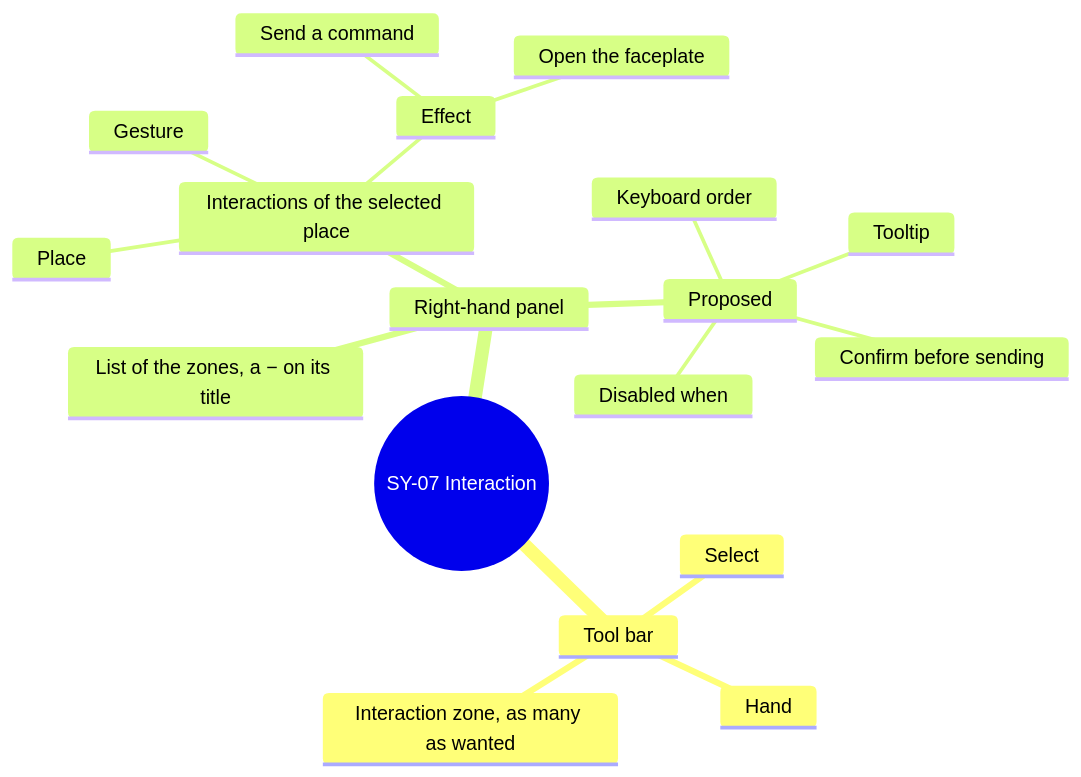
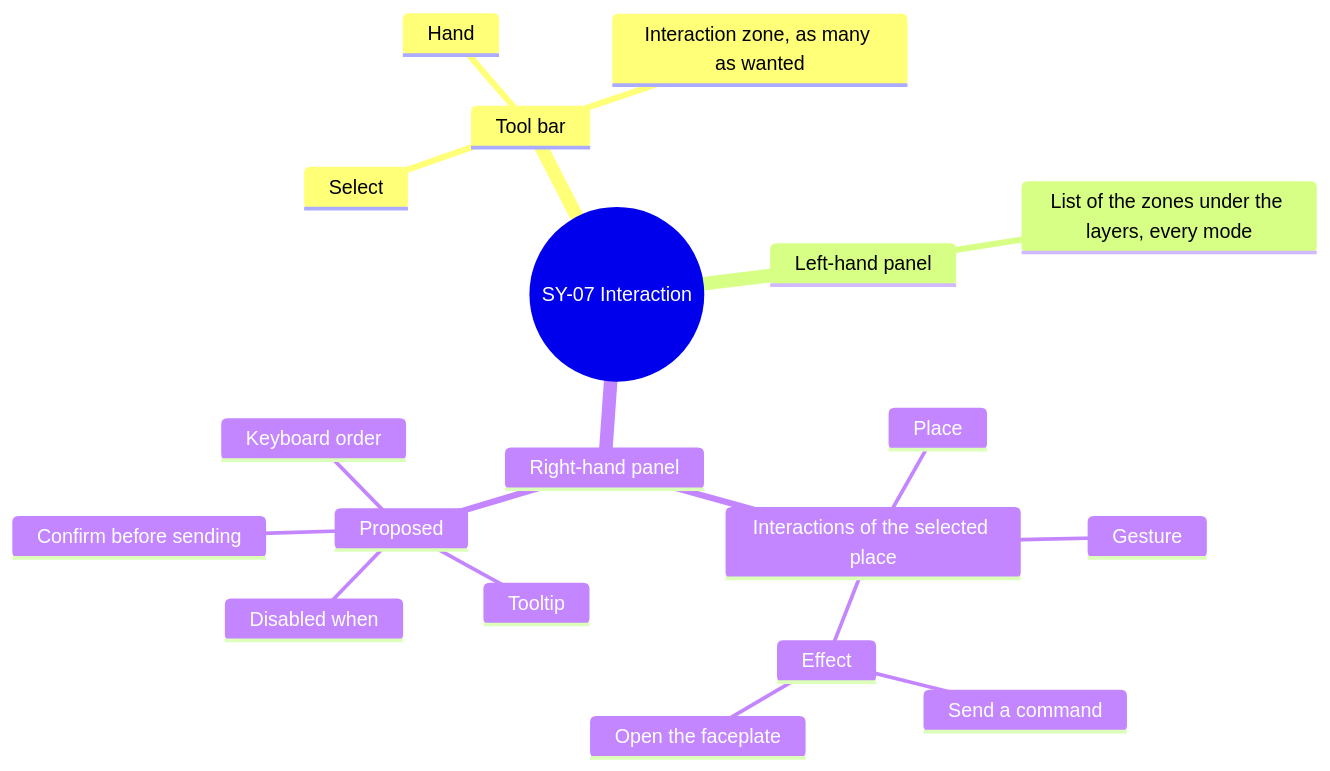
Before and after one commit to AlexandreGallais/synoptic-studio-spec: the ninth of 16 diagrams in screens/symbols.md, drawn with Mermaid. The commit also changed other lines of this file and 6 other files, not shown here.

First line of the commit message:
docs(symbols): show every element in the left panel in every mode

````diff
--- a/screens/symbols.md
+++ b/screens/symbols.md
@@ -411,21 +411,22 @@
 ```mermaid
 mindmap
   root((SY-07 Interaction))
     Tool bar
       Select
       Hand
       Interaction zone, as many as wanted
+    Left-hand panel
+      List of the zones under the layers, every mode
     Right-hand panel
-      List of the zones, a − on its title
       Interactions of the selected place
         Place
         Gesture
         Effect
           Send a command
           Open the faceplate
       Proposed
         Disabled when
         Confirm before sending
         Tooltip
         Keyboard order
 ```
````
